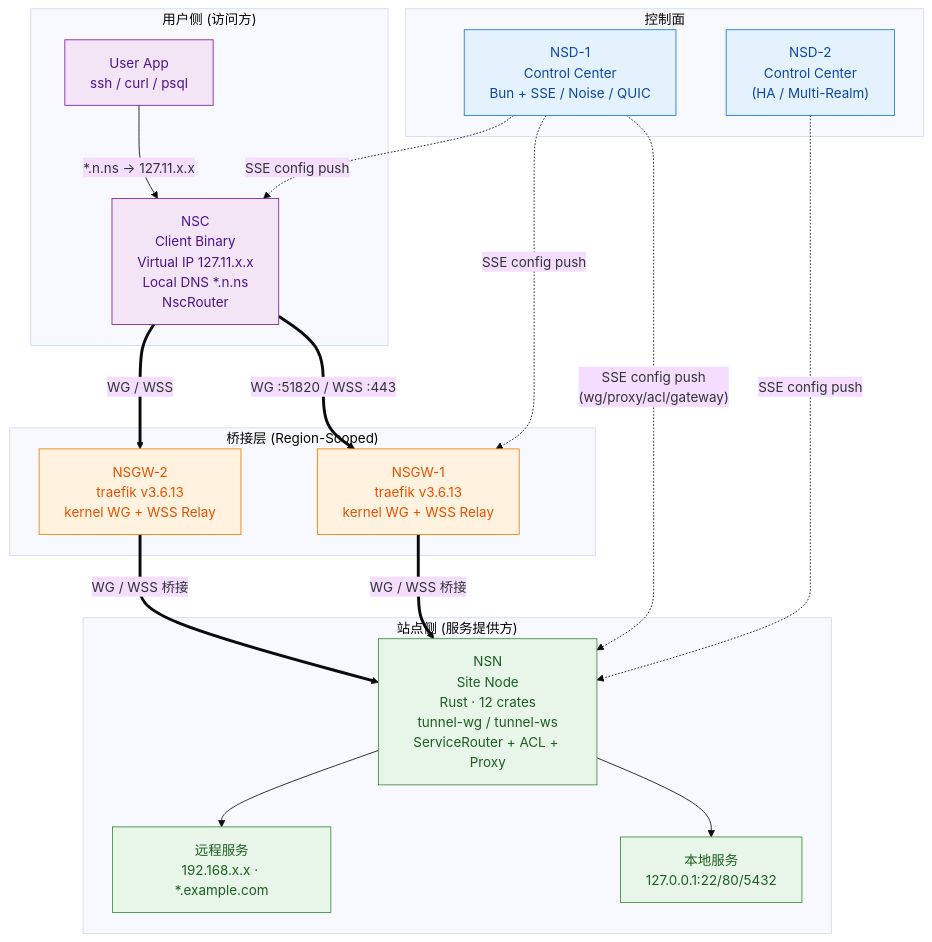
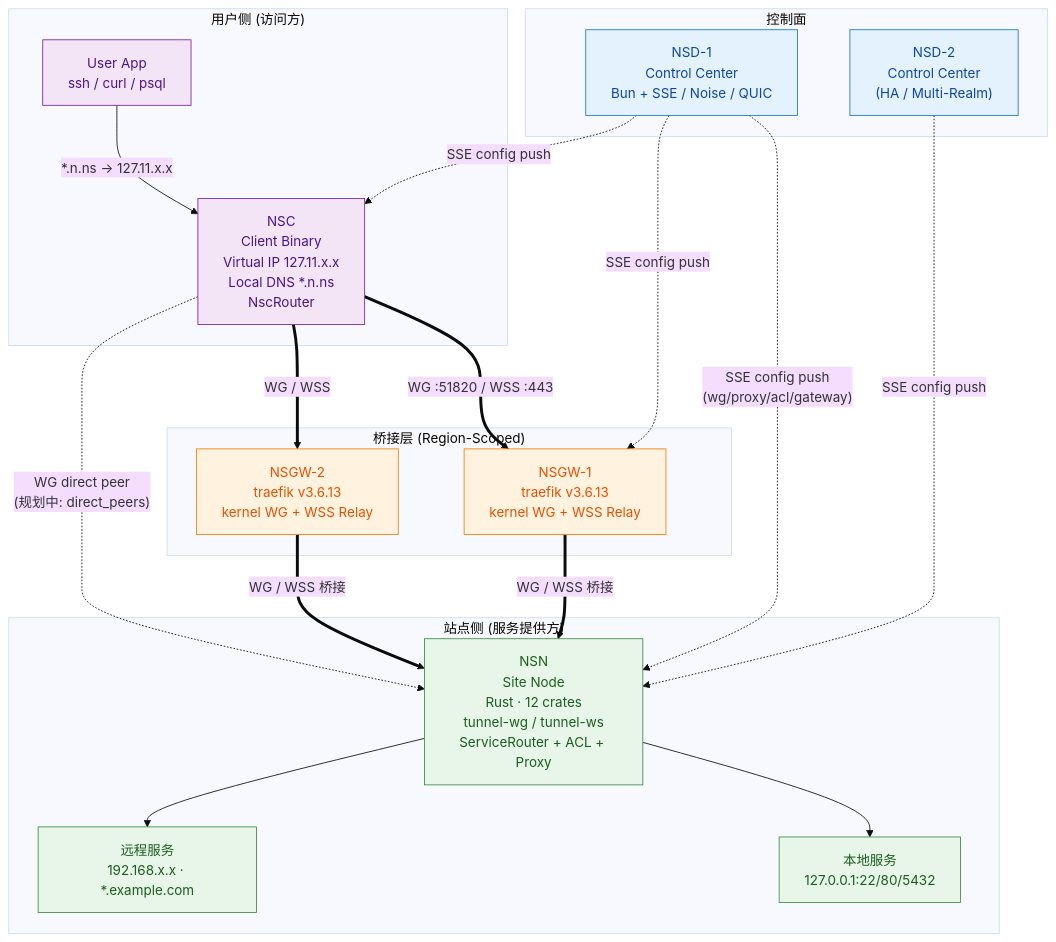
The diagram in docs/01-overview/diagrams/ecosystem.mmd (nsiod/docs), drawn with Mermaid (base theme) before and after one commit. The commit also changed 2 other files, not shown here.

Commit message:
docs(overview): reflect NSC↔NSN direct-peer path in architecture diagrams
The ecosystem overview and diagrams only showed NSC↔NSGW↔NSN as the
data-plane path, but WireGuard's PeerConfig in tunnel-wg does not
distinguish NSGW from NSN — the mechanism allows NSC and NSN to peer
directly whenever both sides are reachable. What is missing is the
control-plane side: NSD does not yet emit direct_peers events.

Add a dashed "WG direct peer (planned)" edge between NSC and NSN in
both the top-level diagram (index.md) and the ecosystem.mmd source,
and rewrite the caveat in ecosystem.md so readers understand the split
between "transport mechanism supports it" and "control plane has not
wired it yet".

```diff
--- a/docs/01-overview/diagrams/ecosystem.mmd
+++ b/docs/01-overview/diagrams/ecosystem.mmd
@@ -1,46 +1,50 @@
 %% NSIO 生态四组件关系图
 %% 用途: 说明 NSD/NSGW/NSN/NSC 四个组件的职责边界与连接关系
 graph TB
     subgraph Control["控制面"]
         NSD1["NSD-1<br/>Control Center<br/>Bun + SSE / Noise / QUIC"]
         NSD2["NSD-2<br/>Control Center<br/>(HA / Multi-Realm)"]
     end
 
     subgraph Bridge["桥接层 (Region-Scoped)"]
         GW1["NSGW-1<br/>traefik v3.6.13<br/>kernel WG + WSS Relay"]
         GW2["NSGW-2<br/>traefik v3.6.13<br/>kernel WG + WSS Relay"]
     end
 
     subgraph Site["站点侧 (服务提供方)"]
         NSN["NSN<br/>Site Node<br/>Rust · 12 crates<br/>tunnel-wg / tunnel-ws<br/>ServiceRouter + ACL + Proxy"]
         LOCAL["本地服务<br/>127.0.0.1:22/80/5432"]
         REMOTE["远程服务<br/>192.168.x.x · *.example.com"]
     end
 
     subgraph User["用户侧 (访问方)"]
         NSC["NSC<br/>Client Binary<br/>Virtual IP 127.11.x.x<br/>Local DNS *.n.ns<br/>NscRouter"]
         APP["User App<br/>ssh / curl / psql"]
     end
 
     NSD1 -. "SSE config push<br/>(wg/proxy/acl/gateway)" .-> NSN
     NSD2 -. "SSE config push" .-> NSN
     NSD1 -. "SSE config push" .-> GW1
     NSD1 -. "SSE config push" .-> NSC
 
     APP -->|"*.n.ns → 127.11.x.x"| NSC
     NSC ==>|"WG :51820 / WSS :443"| GW1
     NSC ==>|"WG / WSS"| GW2
     GW1 ==>|"WG / WSS 桥接"| NSN
     GW2 ==>|"WG / WSS 桥接"| NSN
 
+    %% 直连路径: WG PeerConfig 机制层面支持任意 endpoint,
+    %% 双方可达时 NSC 与 NSN 可直接对等; 控制面下发 direct_peers 为规划中能力
+    NSC -. "WG direct peer<br/>(规划中: direct_peers)" .-> NSN
+
     NSN --> LOCAL
     NSN --> REMOTE
 
     classDef ctrl fill:#e3f2fd,stroke:#1976d2,color:#0d47a1
     classDef gw fill:#fff3e0,stroke:#f57c00,color:#e65100
     classDef site fill:#e8f5e9,stroke:#388e3c,color:#1b5e20
     classDef user fill:#f3e5f5,stroke:#7b1fa2,color:#4a148c
     class NSD1,NSD2 ctrl
     class GW1,GW2 gw
     class NSN,LOCAL,REMOTE site
     class NSC,APP user
```
